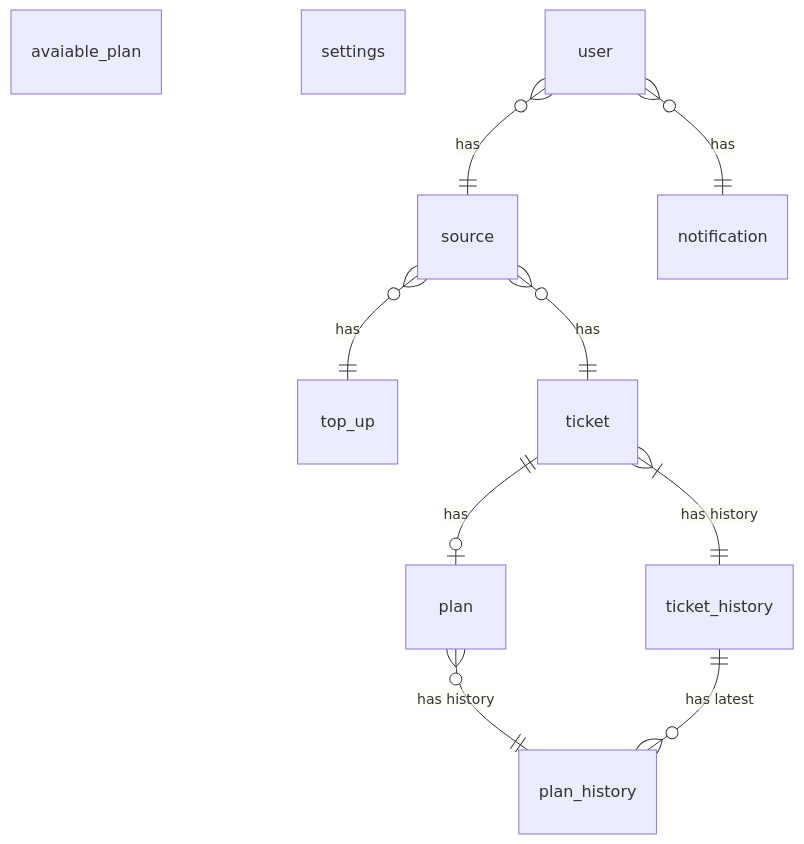
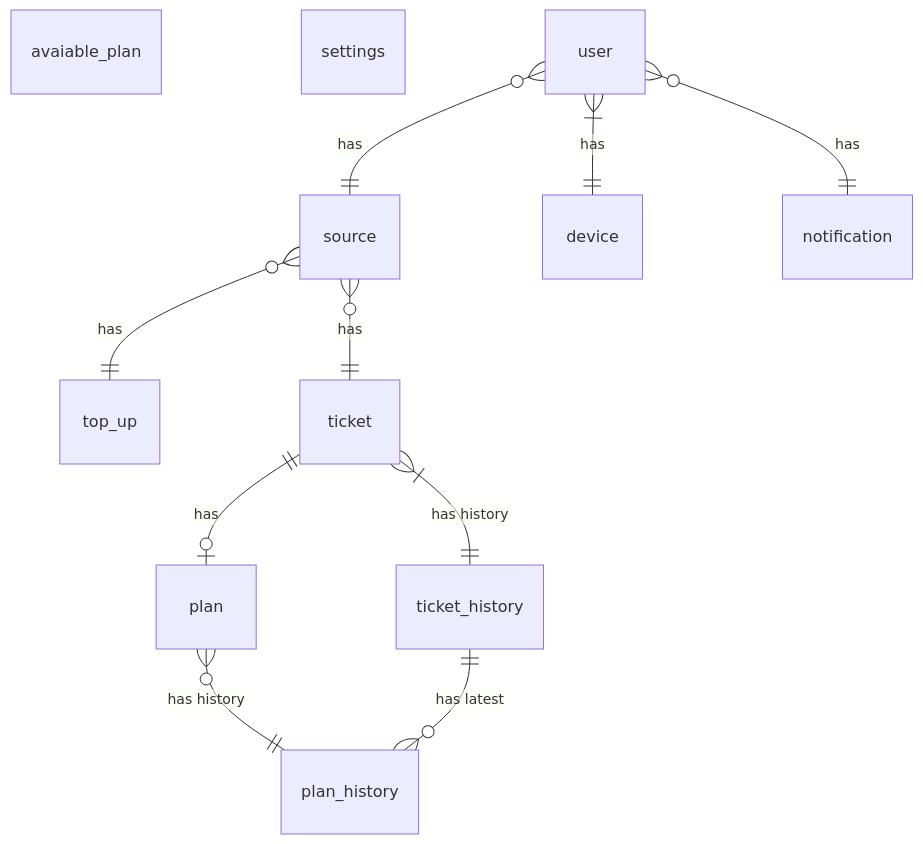
The second of 2 diagrams in docs/diagrams/database/ticket-withdrawn-and-maturation.md (coinhub-uit/coinhub-uit.github.io), drawn with Mermaid before and after one commit. The commit also changed other lines of this file, not shown here.

Commit message:
fix(database): ticket withdrawn and maturation note, add device table

````diff
--- a/docs/diagrams/database/ticket-withdrawn-and-maturation.md
+++ b/docs/diagrams/database/ticket-withdrawn-and-maturation.md
@@ -30,14 +36,15 @@
 ```mermaid
 erDiagram
   avaiable_plan
   settings
 
   user }o--|| source : "has"
+  user }|--|| device : "has"
   user }o--|| notification : "has"
   source }o--|| top_up : "has"
   plan }o--|| plan_history : "has history"
   ticket }|--|| ticket_history : "has history"
   ticket ||--|o plan: "has"
   ticket_history ||--}o plan_history : "has latest"
   source }o--|| ticket : "has"
 ```
````
